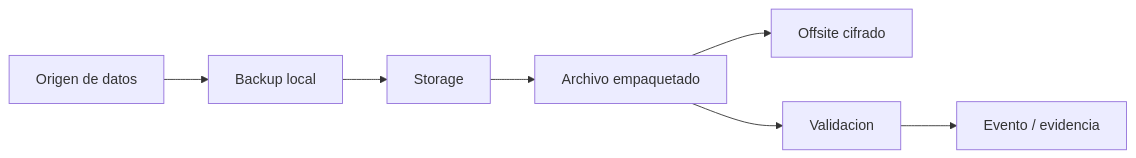
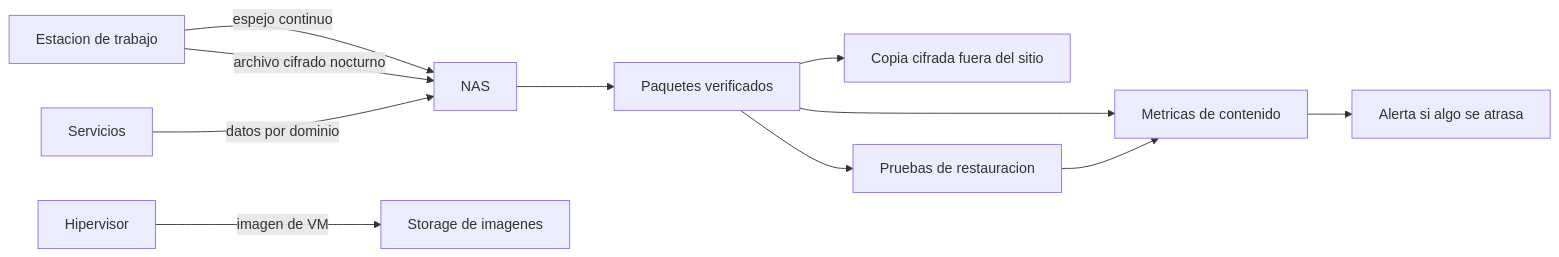
One commit to Nicolasperaltait/homelab changed the diagram in docs/es/05-backup-y-recuperacion.md. Above: the diagram before and after it, drawn with Mermaid. The commit also changed other lines of this file and 16 other files, not shown here.

````diff
--- a/docs/es/05-backup-y-recuperacion.md
+++ b/docs/es/05-backup-y-recuperacion.md
@@ -29,9 +34,13 @@
 ```mermaid
 flowchart LR
-    A[Origen de datos] --> B[Backup local]
-    B --> C[Storage]
-    C --> D[Archivo empaquetado]
-    D --> E[Offsite cifrado]
-    D --> F[Validacion]
-    F --> G[Evento / evidencia]
+    WS[Estacion de trabajo] -->|espejo continuo| NAS[NAS]
+    WS -->|archivo cifrado nocturno| NAS
+    SRV[Servicios] -->|datos por dominio| NAS
+    HV[Hipervisor] -->|imagen de VM| IMG[Storage de imagenes]
+    NAS --> PKG[Paquetes verificados]
+    PKG --> OFF[Copia cifrada fuera del sitio]
+    PKG --> DR[Pruebas de restauracion]
+    PKG --> MET[Metricas de contenido]
+    DR --> MET
+    MET --> AL[Alerta si algo se atrasa]
 ```
````
